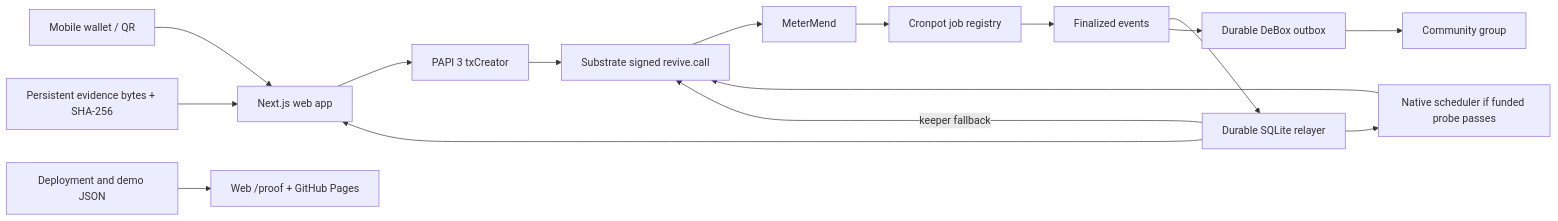
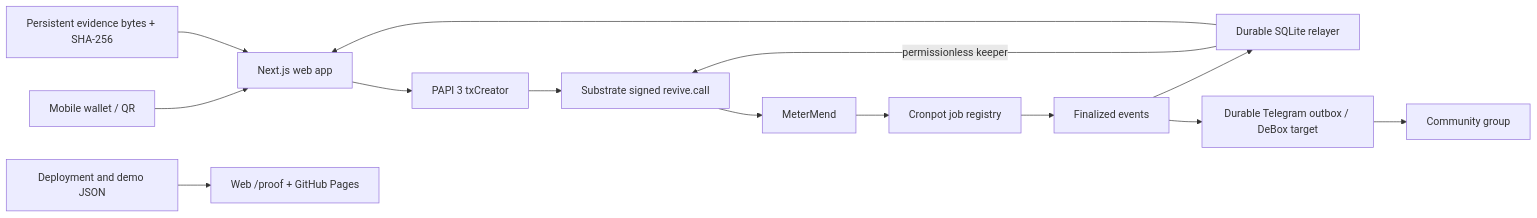
One commit to willy264/portal_dot changed the diagram in docs/ARCHITECTURE.md. Above: the diagram before and after it, drawn with Mermaid. The commit also changed other lines of this file and 24 other files, not shown here.

````diff
--- a/docs/ARCHITECTURE.md
+++ b/docs/ARCHITECTURE.md
@@ -3,18 +3,16 @@
 ```mermaid
 flowchart LR
   User[Mobile wallet / QR] --> Web[Next.js web app]
   Web --> PAPI[PAPI 3 txCreator]
   PAPI --> Revive[Substrate signed revive.call]
   Revive --> MM[MeterMend]
   MM --> Cron[Cronpot job registry]
   Cron --> Events[Finalized events]
   Events --> Relayer[Durable SQLite relayer]
-  Relayer --> Scheduler[Native scheduler if funded probe passes]
-  Scheduler --> Revive
-  Relayer -->|keeper fallback| Revive
-  Events --> Bot[Durable DeBox outbox]
+  Relayer -->|permissionless keeper| Revive
+  Events --> Bot[Durable Telegram outbox / DeBox target]
   Bot --> Group[Community group]
   Relayer --> Web
   Evidence[Persistent evidence bytes + SHA-256] --> Web
   Proof[Deployment and demo JSON] --> Report[Web /proof + GitHub Pages]
 ```
````
